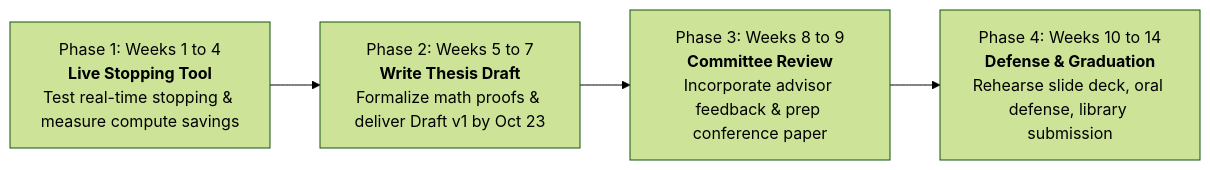
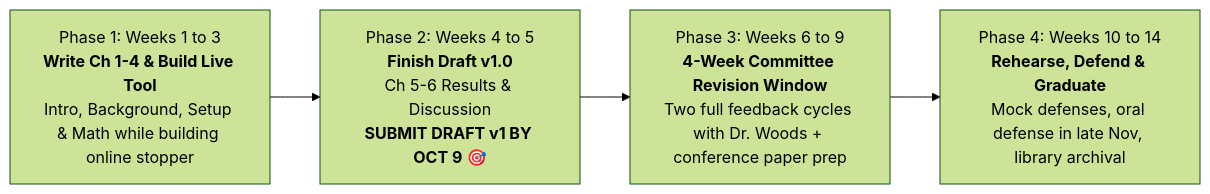
One commit to bhattadiCS/research-thesis-overthinking-boundary changed the third of 4 diagrams in ADVISOR_MEETING_SEMESTER_2_ROADMAP.md. Above: the diagram before and after it, drawn with Mermaid (forest theme). The commit also changed other lines of this file and 1 other file, not shown here.

Commit message:
feat(docs): pull writing schedule forward to October 9 and expand advisor revision window to 4 weeks

````diff
--- a/ADVISOR_MEETING_SEMESTER_2_ROADMAP.md
+++ b/ADVISOR_MEETING_SEMESTER_2_ROADMAP.md
@@ -161,6 +163,6 @@
 ```mermaid
 flowchart LR
-    P1["Phase 1: Weeks 1 to 4<br/><b>Live Stopping Tool</b><br/>Test real-time stopping & measure compute savings"] --> P2["Phase 2: Weeks 5 to 7<br/><b>Write Thesis Draft</b><br/>Formalize math proofs & deliver Draft v1 by Oct 23"]
-    P2 --> P3["Phase 3: Weeks 8 to 9<br/><b>Committee Review</b><br/>Incorporate advisor feedback & prep conference paper"]
-    P3 --> P4["Phase 4: Weeks 10 to 14<br/><b>Defense & Graduation</b><br/>Rehearse slide deck, oral defense, library submission"]
+    P1["Phase 1: Weeks 1 to 3<br/><b>Write Ch 1-4 & Build Live Tool</b><br/>Intro, Background, Setup & Math while building online stopper"] --> P2["Phase 2: Weeks 4 to 5<br/><b>Finish Draft v1.0</b><br/>Ch 5-6 Results & Discussion<br/><b>SUBMIT DRAFT v1 BY OCT 9</b> 🎯"]
+    P2 --> P3["Phase 3: Weeks 6 to 9<br/><b>4-Week Committee Revision Window</b><br/>Two full feedback cycles with Dr. Woods + conference paper prep"]
+    P3 --> P4["Phase 4: Weeks 10 to 14<br/><b>Rehearse, Defend & Graduate</b><br/>Mock defenses, oral defense in late Nov, library archival"]
 ```
````
